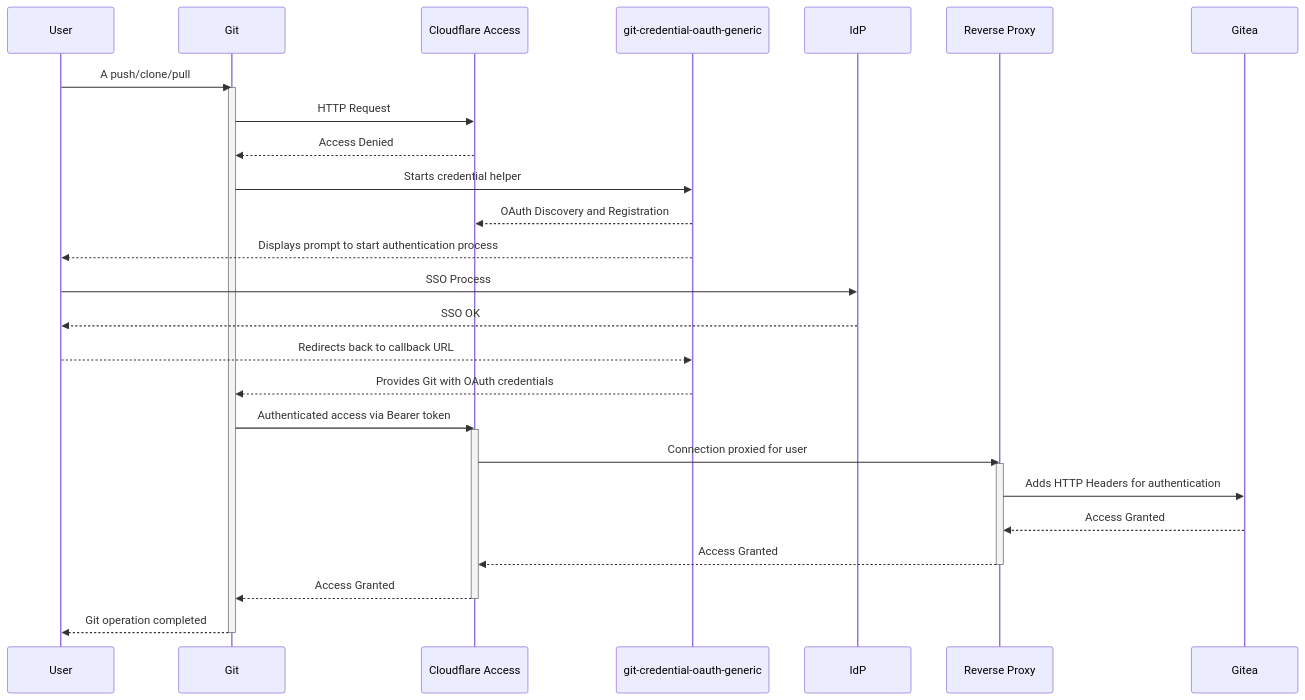
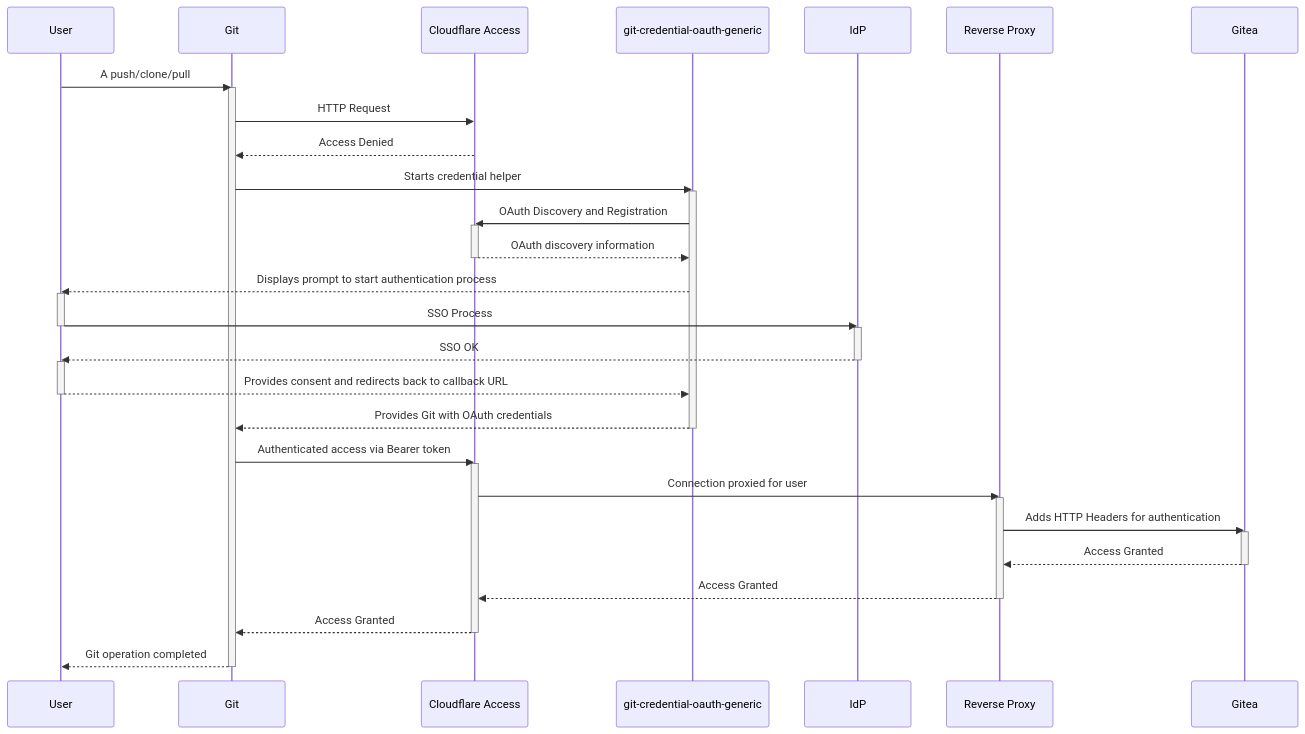
Before and after one commit to andrewheberle/git-credential-oauth-generic: the diagram in README.md, drawn with Mermaid.

Commit message:
Improve diagram

````diff
--- a/README.md
+++ b/README.md
@@ -15,27 +15,39 @@
 ```mermaid
-
 sequenceDiagram
    User->>Git: A push/clone/pull
    activate Git
    Git->>Cloudflare Access: HTTP Request
    Cloudflare Access-->>Git: Access Denied
    Git->>git-credential-oauth-generic: Starts credential helper
-   git-credential-oauth-generic-->>Cloudflare Access: OAuth Discovery and Registration
+   activate git-credential-oauth-generic
+   git-credential-oauth-generic->>Cloudflare Access: OAuth Discovery and Registration
+   activate Cloudflare Access
+   Cloudflare Access-->>git-credential-oauth-generic: OAuth discovery information
+   deactivate Cloudflare Access
    git-credential-oauth-generic-->>User: Displays prompt to start authentication process
+   activate User
    User->>IdP: SSO Process
+   deactivate User
+   activate IdP
    IdP-->>User: SSO OK
-   User-->>git-credential-oauth-generic: Redirects back to callback URL
+   deactivate IdP
+   activate User
+   User-->>git-credential-oauth-generic: Provides consent and redirects back to callback URL
+   deactivate User
    git-credential-oauth-generic-->>Git: Provides Git with OAuth credentials
+   deactivate git-credential-oauth-generic
    Git->>Cloudflare Access: Authenticated access via Bearer token
    activate Cloudflare Access
    Cloudflare Access->>Reverse Proxy: Connection proxied for user
    activate Reverse Proxy
    Reverse Proxy->>Gitea: Adds HTTP Headers for authentication
+   activate Gitea
    Gitea-->>Reverse Proxy: Access Granted
+   deactivate Gitea
    Reverse Proxy-->>Cloudflare Access: Access Granted
    deactivate Reverse Proxy
    Cloudflare Access-->>Git: Access Granted
    deactivate Cloudflare Access
    Git-->>User: Git operation completed
    deactivate Git
 ```
````
